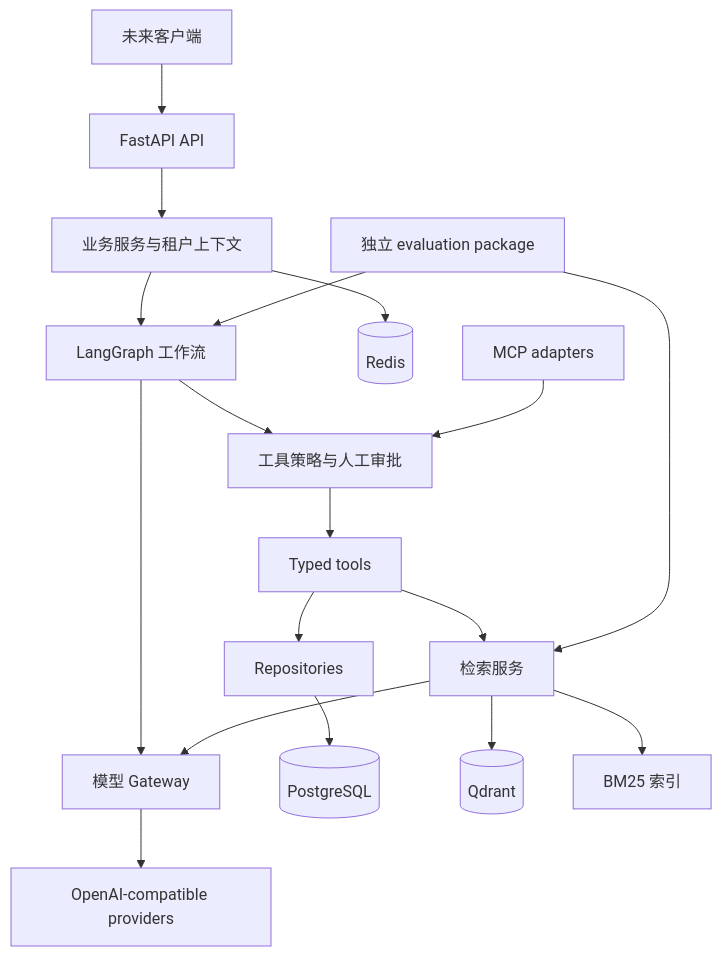
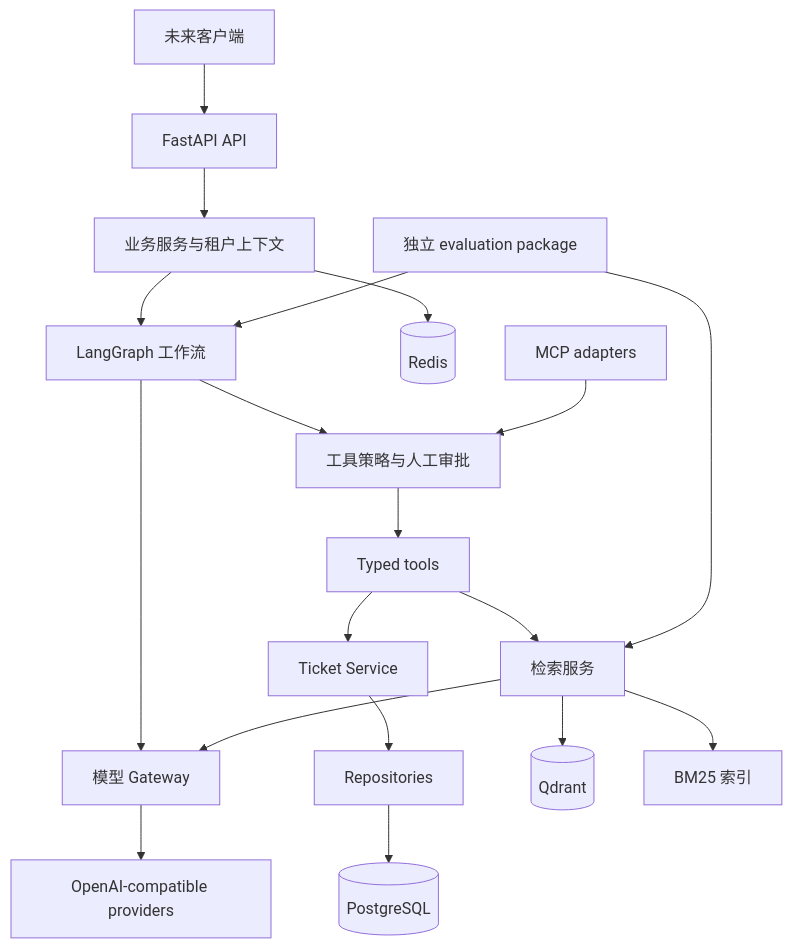
Before and after one commit to plutoczm/AgentOpsHub: the diagram in ARCHITECTURE.md, drawn with Mermaid. The commit also changed other lines of this file and 26 other files, not shown here.

````diff
--- a/ARCHITECTURE.md
+++ b/ARCHITECTURE.md
@@ -22,20 +22,21 @@
 ```mermaid
 flowchart TD
     Client[未来客户端] --> API[FastAPI API]
     API --> Services[业务服务与租户上下文]
     Services --> Graph[LangGraph 工作流]
     Graph --> Policy[工具策略与人工审批]
     Policy --> Tools[Typed tools]
     Tools --> RAG[检索服务]
-    Tools --> Repos[Repositories]
+    Tools --> TicketService[Ticket Service]
+    TicketService --> Repos[Repositories]
     Graph --> Gateway[模型 Gateway]
     RAG --> Gateway
     Gateway --> Providers[OpenAI-compatible providers]
     Repos --> PG[(PostgreSQL)]
     Services --> Redis[(Redis)]
     RAG --> Qdrant[(Qdrant)]
     RAG --> Lexical[BM25 索引]
     MCP[MCP adapters] --> Policy
     Eval[独立 evaluation package] --> RAG
     Eval --> Graph
 ```
````
